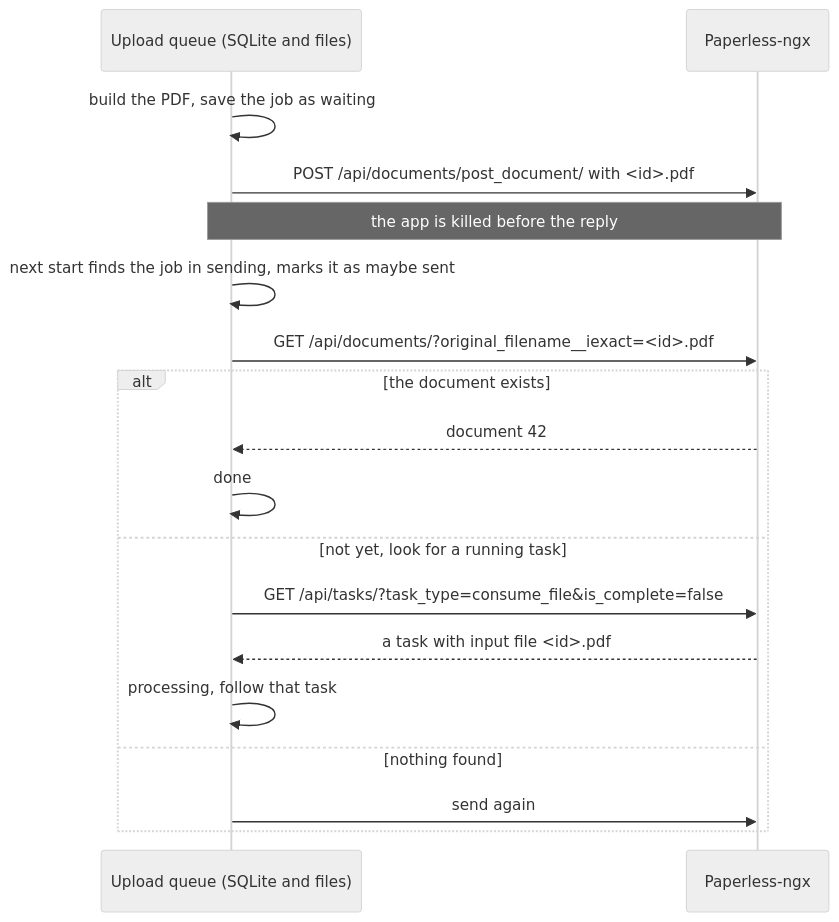
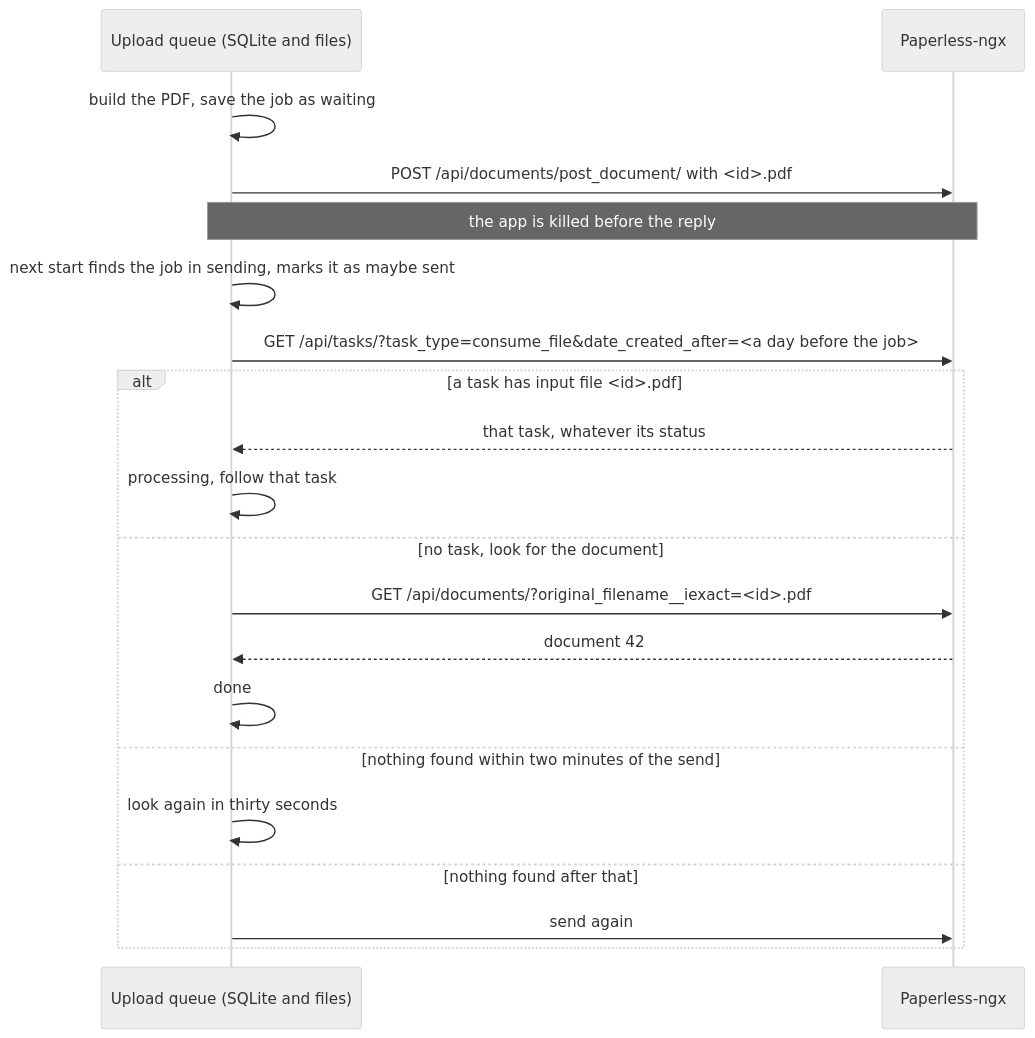
Before and after one commit to mhakmi/waraq: the third of 5 diagrams in docs/design.md, drawn with Mermaid (neutral theme). The commit also changed other lines of this file and 1 other file, not shown here.

Commit message:
Update the upload diagrams for the new transitions

````diff
--- a/docs/design.md
+++ b/docs/design.md
@@ -157,20 +157,22 @@
 ```mermaid
 sequenceDiagram
 	participant Queue as Upload queue (SQLite and files)
 	participant Server as Paperless-ngx
 	Queue->>Queue: build the PDF, save the job as waiting
 	Queue->>Server: POST /api/documents/post_document/ with <id>.pdf
 	Note over Queue,Server: the app is killed before the reply
 	Queue->>Queue: next start finds the job in sending, marks it as maybe sent
-	Queue->>Server: GET /api/documents/?original_filename__iexact=<id>.pdf
-	alt the document exists
+	Queue->>Server: GET /api/tasks/?task_type=consume_file&date_created_after=<a day before the job>
+	alt a task has input file <id>.pdf
+		Server-->>Queue: that task, whatever its status
+		Queue->>Queue: processing, follow that task
+	else no task, look for the document
+		Queue->>Server: GET /api/documents/?original_filename__iexact=<id>.pdf
 		Server-->>Queue: document 42
 		Queue->>Queue: done
-	else not yet, look for a running task
-		Queue->>Server: GET /api/tasks/?task_type=consume_file&is_complete=false
-		Server-->>Queue: a task with input file <id>.pdf
-		Queue->>Queue: processing, follow that task
-	else nothing found
+	else nothing found within two minutes of the send
+		Queue->>Queue: look again in thirty seconds
+	else nothing found after that
 		Queue->>Server: send again
 	end
 ```
````
